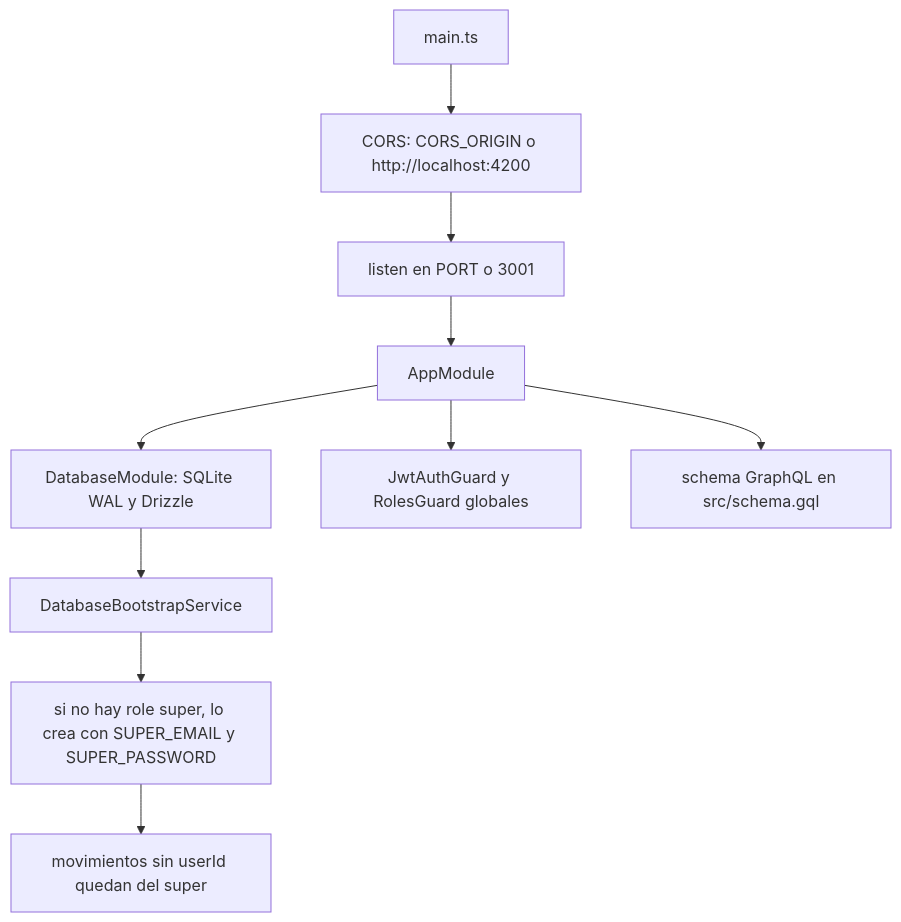
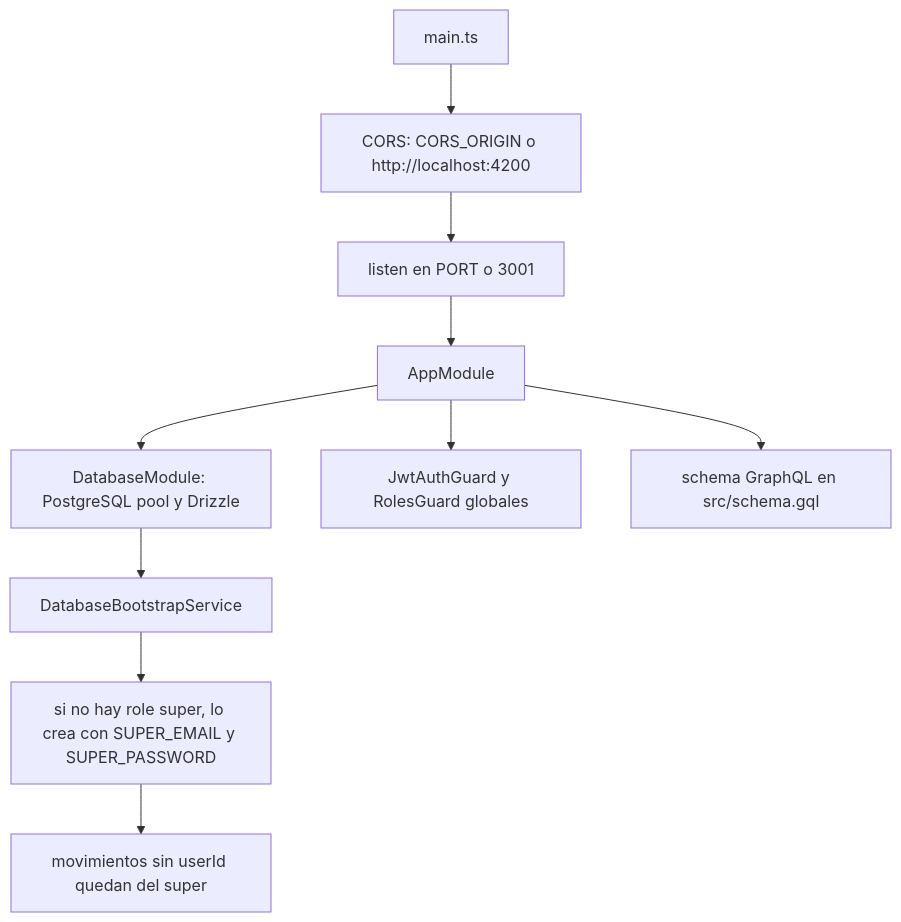
The first of 3 diagrams in README.md (NoahXD-dev/finanzas-personales-backend), drawn with Mermaid before and after one commit. The commit also changed other lines of this file and 36 other files, not shown here.

First line of the commit message:
feat(database): migrar de SQLite a PostgreSQL

````diff
--- a/README.md
+++ b/README.md
@@ -54,12 +54,12 @@
 ```mermaid
 flowchart TD
   main["main.ts"] --> cors["CORS: CORS_ORIGIN o http://localhost:4200"]
   cors --> listen["listen en PORT o 3001"]
   listen --> app["AppModule"]
-  app --> db["DatabaseModule: SQLite WAL y Drizzle"]
+  app --> db["DatabaseModule: PostgreSQL pool y Drizzle"]
   db --> boot["DatabaseBootstrapService"]
   boot --> super["si no hay role super, lo crea con SUPER_EMAIL y SUPER_PASSWORD"]
   super --> duenos["movimientos sin userId quedan del super"]
   app --> guards["JwtAuthGuard y RolesGuard globales"]
   app --> schema["schema GraphQL en src/schema.gql"]
 ```
````
